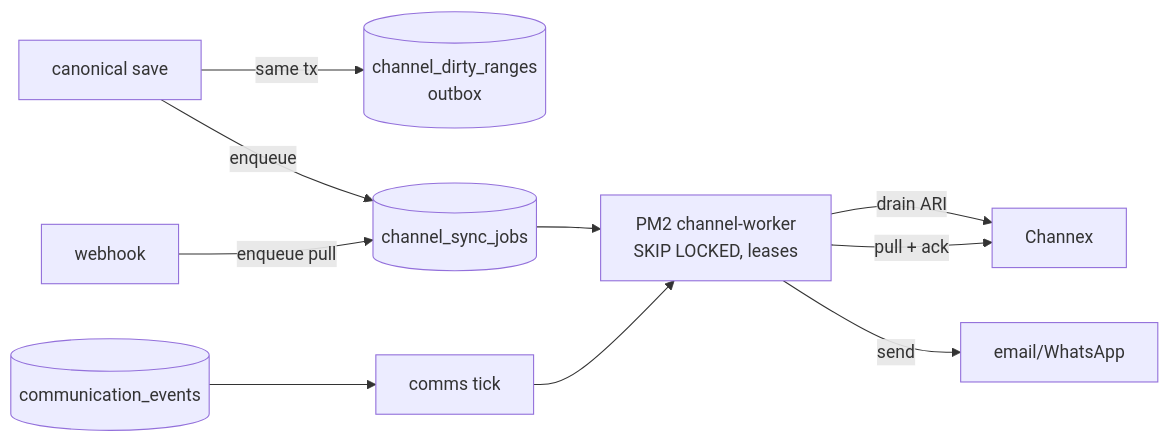
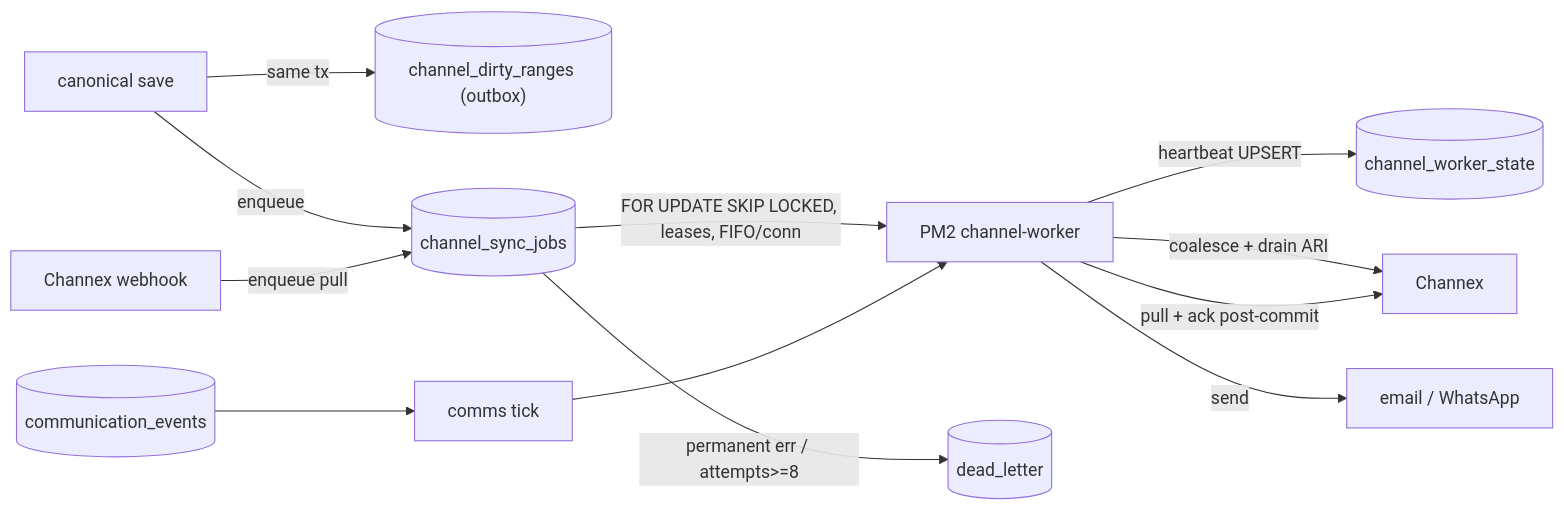
Before and after one commit to Ronus922/GuestHub: the diagram in docs/architecture/BACKGROUND_JOBS.md, drawn with Mermaid. The commit also changed other lines of this file and 6 other files, not shown here.

First line of the commit message:
docs(architecture): complete 7 Stage-3 domain documents (§23)

````diff
--- a/docs/architecture/BACKGROUND_JOBS.md
+++ b/docs/architecture/BACKGROUND_JOBS.md
@@ -33,13 +48,15 @@
 ```mermaid
-%% TODO(Stage 3/4): finalize after worker split. Seed = WORKFLOW_INVENTORY.md §12–§16.
 flowchart LR
-    SAVE[canonical save] -->|same tx| DR[(channel_dirty_ranges\noutbox)]
-    SAVE -->|enqueue| Q[(channel_sync_jobs)]
-    WH[webhook] -->|enqueue pull| Q
-    EV[(communication_events)] --> Q2[comms tick]
-    Q --> WRK[PM2 channel-worker\nSKIP LOCKED, leases]
+    SAVE["canonical save"] -->|"same tx"| DR[("channel_dirty_ranges (outbox)")]
+    SAVE -->|"enqueue"| Q[("channel_sync_jobs")]
+    WH["Channex webhook"] -->|"enqueue pull"| Q
+    EV[("communication_events")] --> Q2["comms tick"]
+
+    Q -->|"FOR UPDATE SKIP LOCKED, leases, FIFO/conn"| WRK["PM2 channel-worker"]
     Q2 --> WRK
-    WRK -->|drain ARI| CHX[Channex]
-    WRK -->|pull + ack| CHX
-    WRK -->|send| MAIL[email/WhatsApp]
+    WRK -->|"heartbeat UPSERT"| HB[("channel_worker_state")]
+    WRK -->|"coalesce + drain ARI"| CHX["Channex"]
+    WRK -->|"pull + ack post-commit"| CHX
+    WRK -->|"send"| MAIL["email / WhatsApp"]
+    Q -->|"permanent err / attempts>=8"| DL[("dead_letter")]
 ```
````
